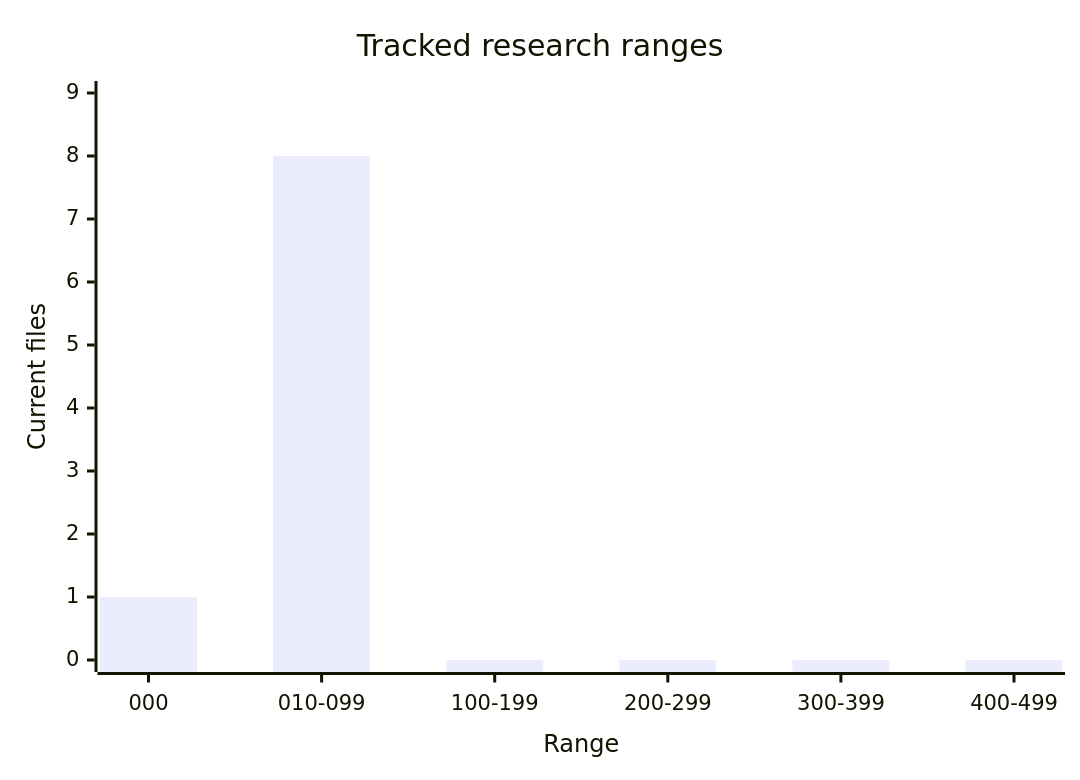
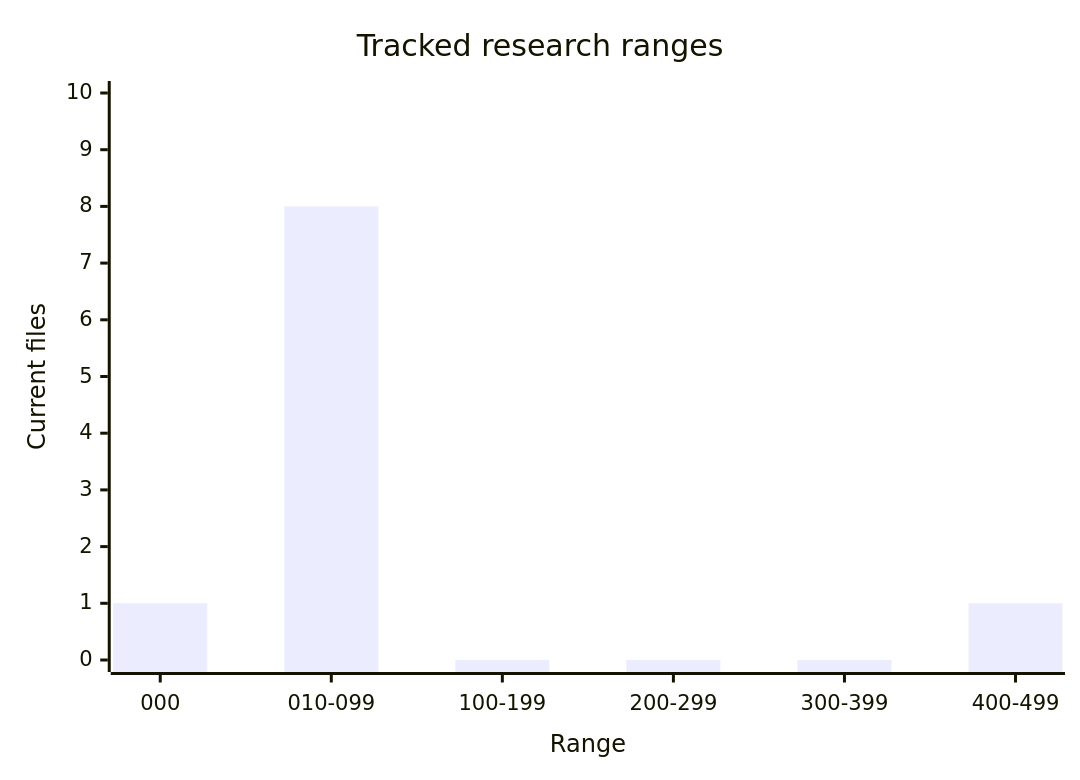
The second of 2 diagrams in docs/research/000_LEGEND.md (tryskian/scorey), drawn with Mermaid before and after one commit. The commit also changed other lines of this file and 11 other files, not shown here.

````diff
--- a/docs/research/000_LEGEND.md
+++ b/docs/research/000_LEGEND.md
@@ -53,7 +55,7 @@
 ```mermaid
 xychart-beta
   title "Tracked research ranges"
   x-axis "Range" ["000", "010-099", "100-199", "200-299", "300-399", "400-499"]
-  y-axis "Current files" 0 --> 9
-  bar "Files" [1, 8, 0, 0, 0, 0]
+  y-axis "Current files" 0 --> 10
+  bar "Files" [1, 8, 0, 0, 0, 1]
 ```
````
